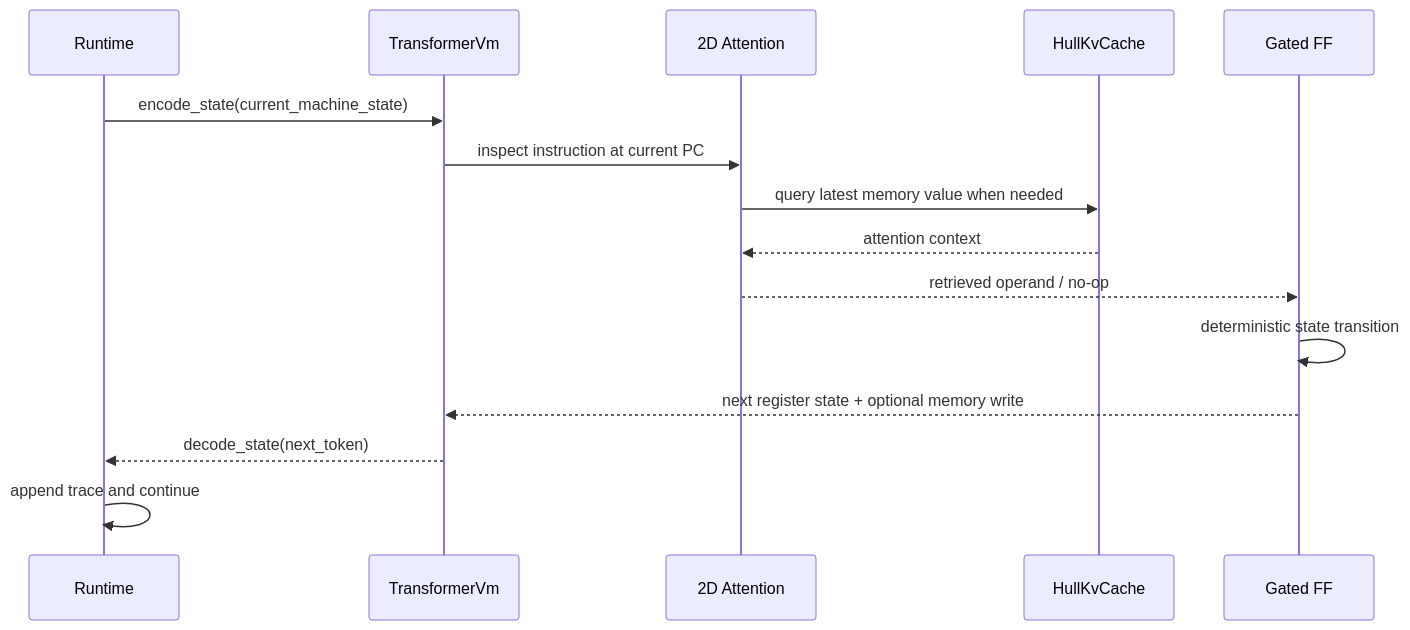
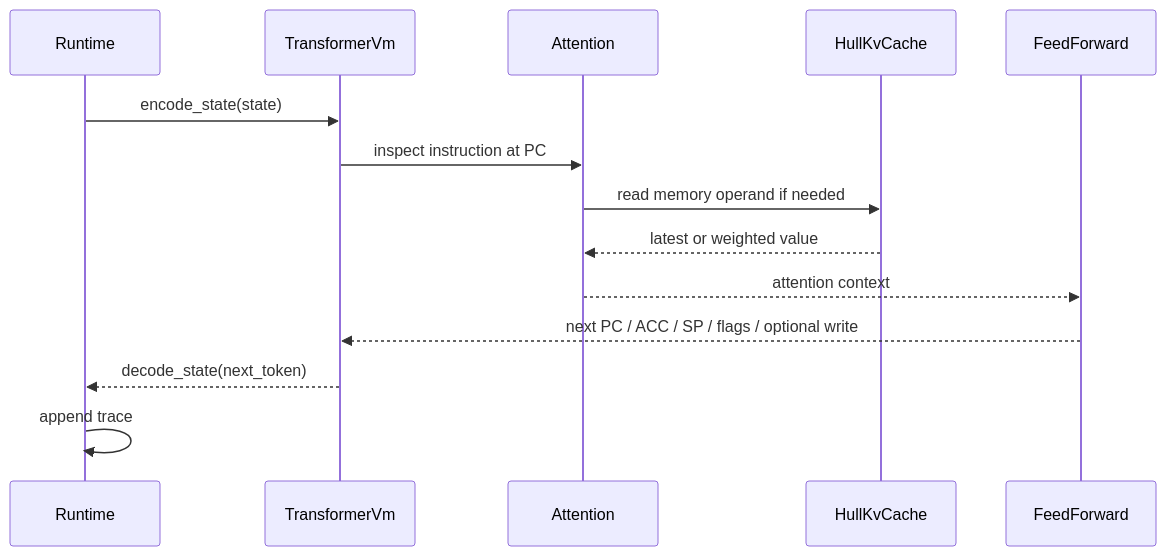
The second of 2 diagrams in README.md (omarespejel/llm-provable-computer), drawn with Mermaid before and after one commit. The commit also changed other lines of this file, not shown here.

````diff
--- a/README.md
+++ b/README.md
@@ -149,18 +210,17 @@
 ```mermaid
 sequenceDiagram
     participant R as Runtime
     participant M as TransformerVm
-    participant A as 2D Attention
+    participant A as Attention
     participant H as HullKvCache
-    participant F as Gated FF
+    participant F as FeedForward
 
-    R->>M: encode_state(current_machine_state)
-    M->>A: inspect instruction at current PC
-    A->>H: query latest memory value when needed
-    H-->>A: attention context
-    A-->>F: retrieved operand / no-op
-    F->>F: deterministic state transition
-    F-->>M: next register state + optional memory write
+    R->>M: encode_state(state)
+    M->>A: inspect instruction at PC
+    A->>H: read memory operand if needed
+    H-->>A: latest or weighted value
+    A-->>F: attention context
+    F-->>M: next PC / ACC / SP / flags / optional write
     M-->>R: decode_state(next_token)
-    R->>R: append trace and continue
+    R->>R: append trace
 ```
````
